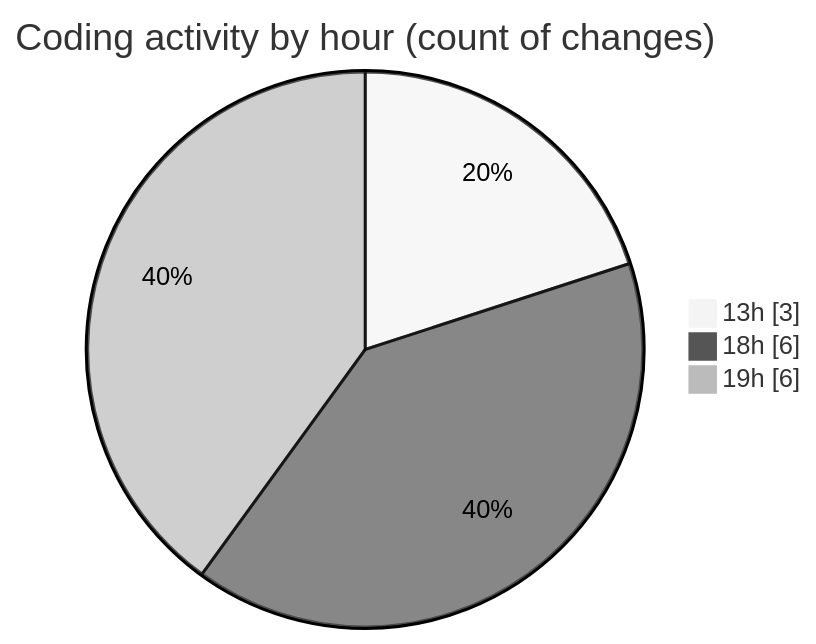
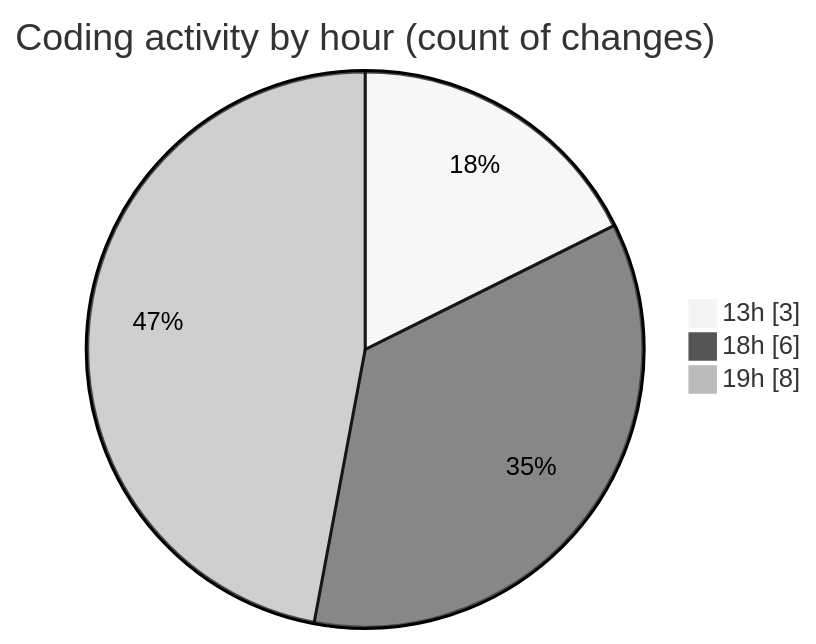
Before and after one commit to jrari/code-tracking: the second of 2 diagrams in 2025-07-16/telebot/README.md, drawn with Mermaid (neutral theme). The commit also changed other lines of this file and 1 other file, not shown here.

````diff
--- a/2025-07-16/telebot/README.md
+++ b/2025-07-16/telebot/README.md
@@ -34,7 +35,7 @@
 ```mermaid
 pie showData
 title Coding activity by hour (count of changes)
 "13h" : 3
 "18h" : 6
-"19h" : 6
+"19h" : 8
 ```
````
